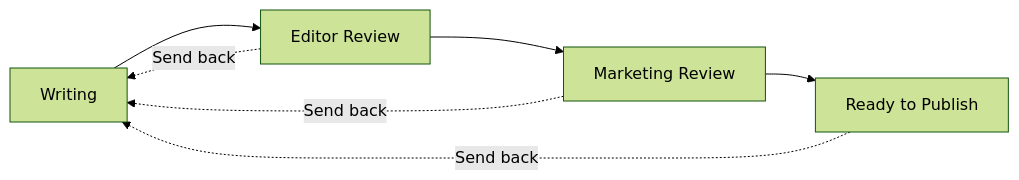
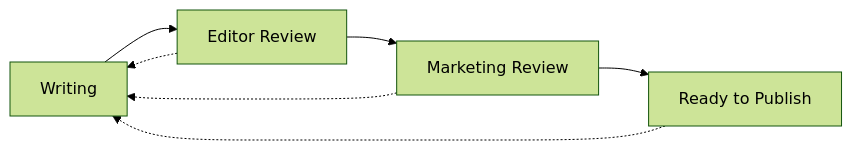
Before and after one commit to ThePublive/docs: the diagram in dxp/documentation/content-workflows/configure-workflows.mdx, drawn with Mermaid (forest theme). The commit also changed other lines of this file and 5 other files, not shown here.

````diff
--- a/dxp/documentation/content-workflows/configure-workflows.mdx
+++ b/dxp/documentation/content-workflows/configure-workflows.mdx
@@ -111,9 +111,9 @@
 ```mermaid
 flowchart LR
     W[Writing] --> E[Editor Review]
     E --> M[Marketing Review]
     M --> R["Ready to Publish"]
-    E -.->|"Send back"| W
-    M -.->|"Send back"| W
-    R -.->|"Send back"| W
+    E -.-> W
+    M -.-> W
+    R -.-> W
 ```
````
